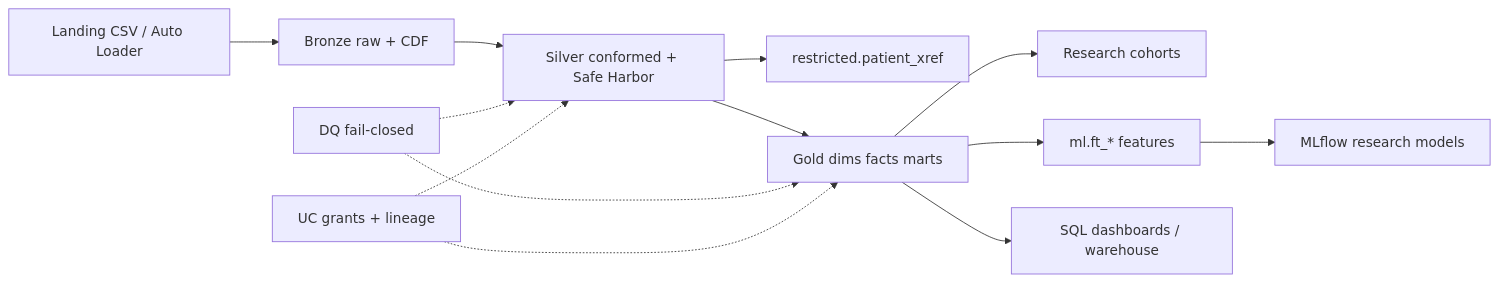
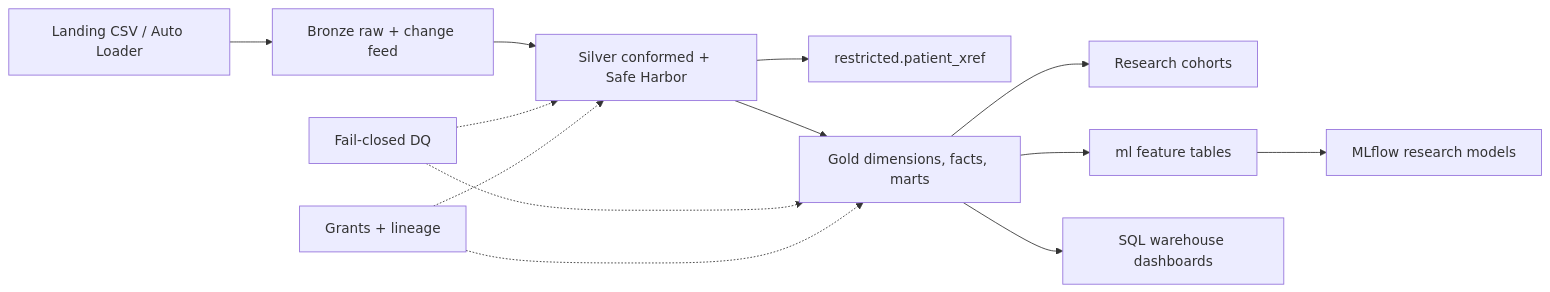
One commit to Dataryx/Databricks-Delta-Lake-Healthcare-Analytics-Platform changed the first of 2 diagrams in docs/architecture.md. Above: the diagram before and after it, drawn with Mermaid. The commit also changed other lines of this file and 67 other files, not shown here.

````diff
--- a/docs/architecture.md
+++ b/docs/architecture.md
@@ -8,15 +9,15 @@
 ```mermaid
 flowchart LR
-  Landing[Landing CSV / Auto Loader] --> Bronze[Bronze raw + CDF]
+  Landing[Landing CSV / Auto Loader] --> Bronze[Bronze raw + change feed]
   Bronze --> Silver[Silver conformed + Safe Harbor]
   Silver --> Restricted[restricted.patient_xref]
-  Silver --> Gold[Gold dims facts marts]
+  Silver --> Gold[Gold dimensions, facts, marts]
   Gold --> Cohorts[Research cohorts]
-  Gold --> Features[ml.ft_* features]
-  Features --> ML[MLflow research models]
-  Gold --> Serving[SQL dashboards / warehouse]
-  DQ[DQ fail-closed] -.-> Silver
+  Gold --> Features[ml feature tables]
+  Features --> Models[MLflow research models]
+  Gold --> Dashboards[SQL warehouse dashboards]
+  DQ[Fail-closed DQ] -.-> Silver
   DQ -.-> Gold
-  Gov[UC grants + lineage] -.-> Silver
+  Gov[Grants + lineage] -.-> Silver
   Gov -.-> Gold
 ```
````
